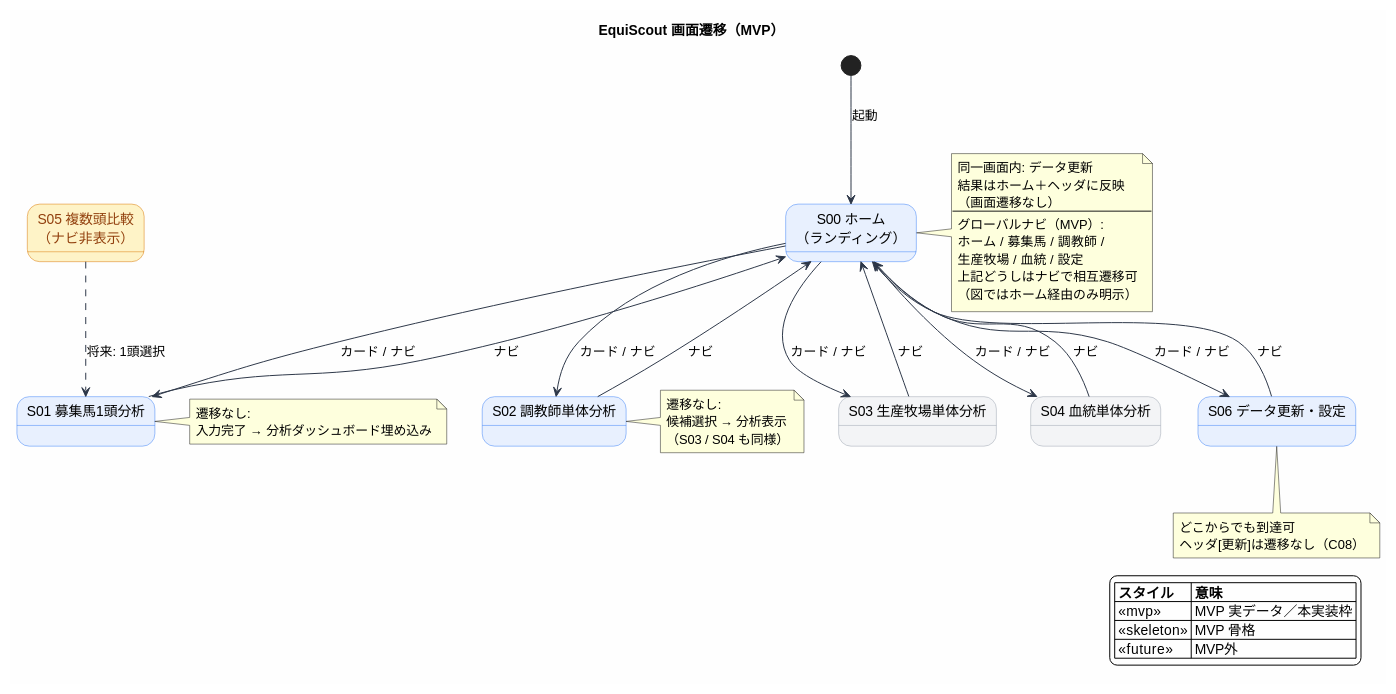
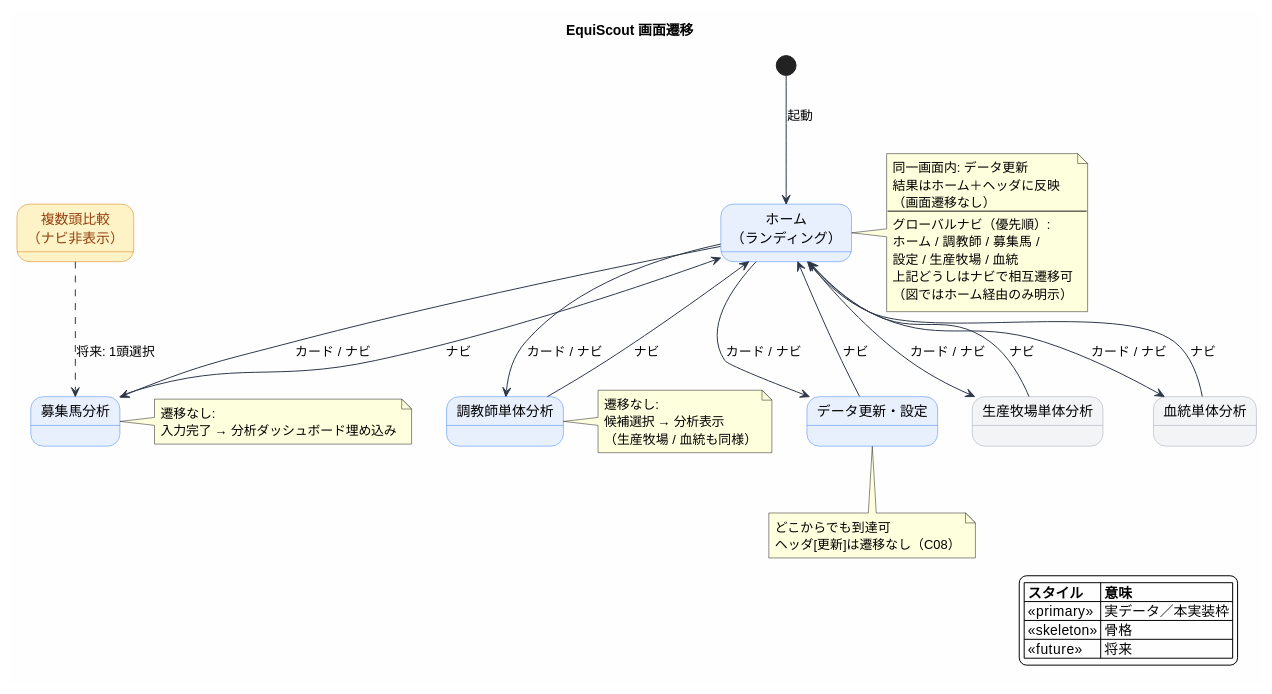
Before and after one commit to betashort/EquiScoutApp: the diagram in doc/02_design/UI_design.md, drawn with PlantUML. The commit also changed other lines of this file and 35 other files, not shown here.

```diff
--- a/doc/02_design/UI_design.md
+++ b/doc/02_design/UI_design.md
@@ -105,7 +106,7 @@
   BorderColor #4A5568
   ArrowColor #2D3748
 }
-skinparam state<<mvp>> {
+skinparam state<<primary>> {
   BackgroundColor #E8F0FE
   BorderColor #3B82F6
 }
@@ -119,65 +120,65 @@
   FontColor #92400E
 }
 
-title EquiScout 画面遷移（MVP）
+title EquiScout 画面遷移
 
-[*] --> S00 : 起動
+[*] --> Home : 起動
 
-state "S00 ホーム\n（ランディング）" as S00 <<mvp>>
-state "S01 募集馬1頭分析" as S01 <<mvp>>
-state "S02 調教師単体分析" as S02 <<mvp>>
-state "S03 生産牧場単体分析" as S03 <<skeleton>>
-state "S04 血統単体分析" as S04 <<skeleton>>
-state "S06 データ更新・設定" as S06 <<mvp>>
-state "S05 複数頭比較\n（ナビ非表示）" as S05 <<future>>
+state "ホーム\n（ランディング）" as Home <<primary>>
+state "調教師単体分析" as Trainer <<primary>>
+state "募集馬分析" as Horse <<primary>>
+state "データ更新・設定" as Settings <<primary>>
+state "生産牧場単体分析" as Farm <<skeleton>>
+state "血統単体分析" as Pedigree <<skeleton>>
+state "複数頭比較\n（ナビ非表示）" as Compare <<future>>
 
-S00 --> S02 : カード / ナビ
-S00 --> S01 : カード / ナビ
-S00 --> S03 : カード / ナビ
-S00 --> S04 : カード / ナビ
-S00 --> S06 : カード / ナビ
+Home --> Trainer : カード / ナビ
+Home --> Horse : カード / ナビ
+Home --> Settings : カード / ナビ
+Home --> Farm : カード / ナビ
+Home --> Pedigree : カード / ナビ
 
-S01 --> S00 : ナビ
-S02 --> S00 : ナビ
-S03 --> S00 : ナビ
-S04 --> S00 : ナビ
-S06 --> S00 : ナビ
+Horse --> Home : ナビ
+Trainer --> Home : ナビ
+Farm --> Home : ナビ
+Pedigree --> Home : ナビ
+Settings --> Home : ナビ
 
-S05 -[dashed]-> S01 : 将来: 1頭選択
+Compare -[dashed]-> Horse : 将来: 1頭選択
 
-note right of S00
+note right of Home
   同一画面内: データ更新
   結果はホーム＋ヘッダに反映
   （画面遷移なし）
   ----
-  グローバルナビ（MVP）:
-  ホーム / 募集馬 / 調教師 /
-  生産牧場 / 血統 / 設定
+  グローバルナビ（優先順）:
+  ホーム / 調教師 / 募集馬 /
+  設定 / 生産牧場 / 血統
   上記どうしはナビで相互遷移可
   （図ではホーム経由のみ明示）
 end note
 
-note right of S01
+note right of Horse
   遷移なし:
   入力完了 → 分析ダッシュボード埋め込み
 end note
 
-note right of S02
+note right of Trainer
   遷移なし:
   候補選択 → 分析表示
-  （S03 / S04 も同様）
+  （生産牧場 / 血統も同様）
 end note
 
-note bottom of S06
+note bottom of Settings
   どこからでも到達可
   ヘッダ[更新]は遷移なし（C08）
 end note
 
 legend right
   |= スタイル |= 意味 |
-  | <<mvp>> | MVP 実データ／本実装枠 |
-  | <<skeleton>> | MVP 骨格 |
-  | <<future>> | MVP外 |
+  | <<primary>> | 実データ／本実装枠 |
+  | <<skeleton>> | 骨格 |
+  | <<future>> | 将来 |
 endlegend
 
 @enduml
```
